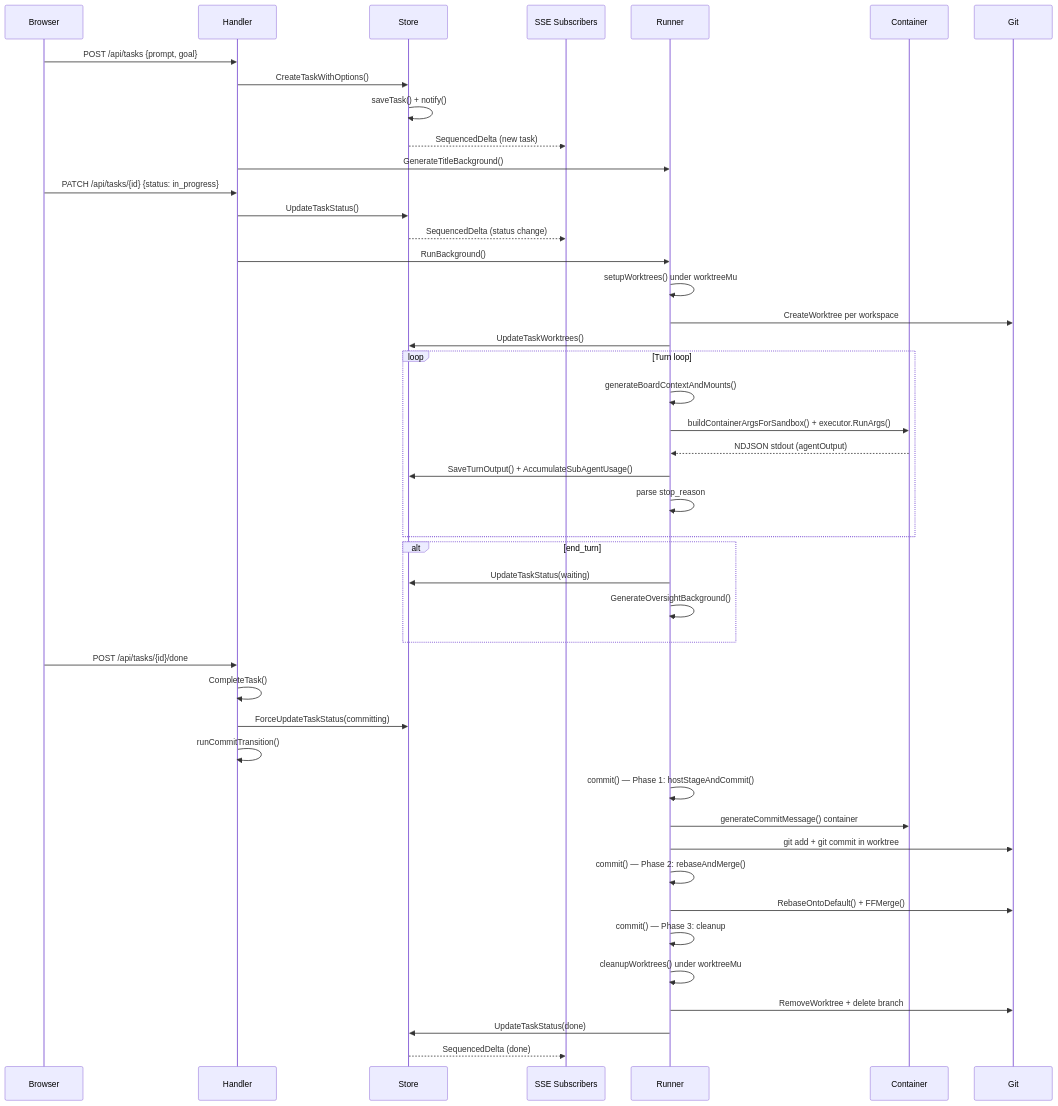
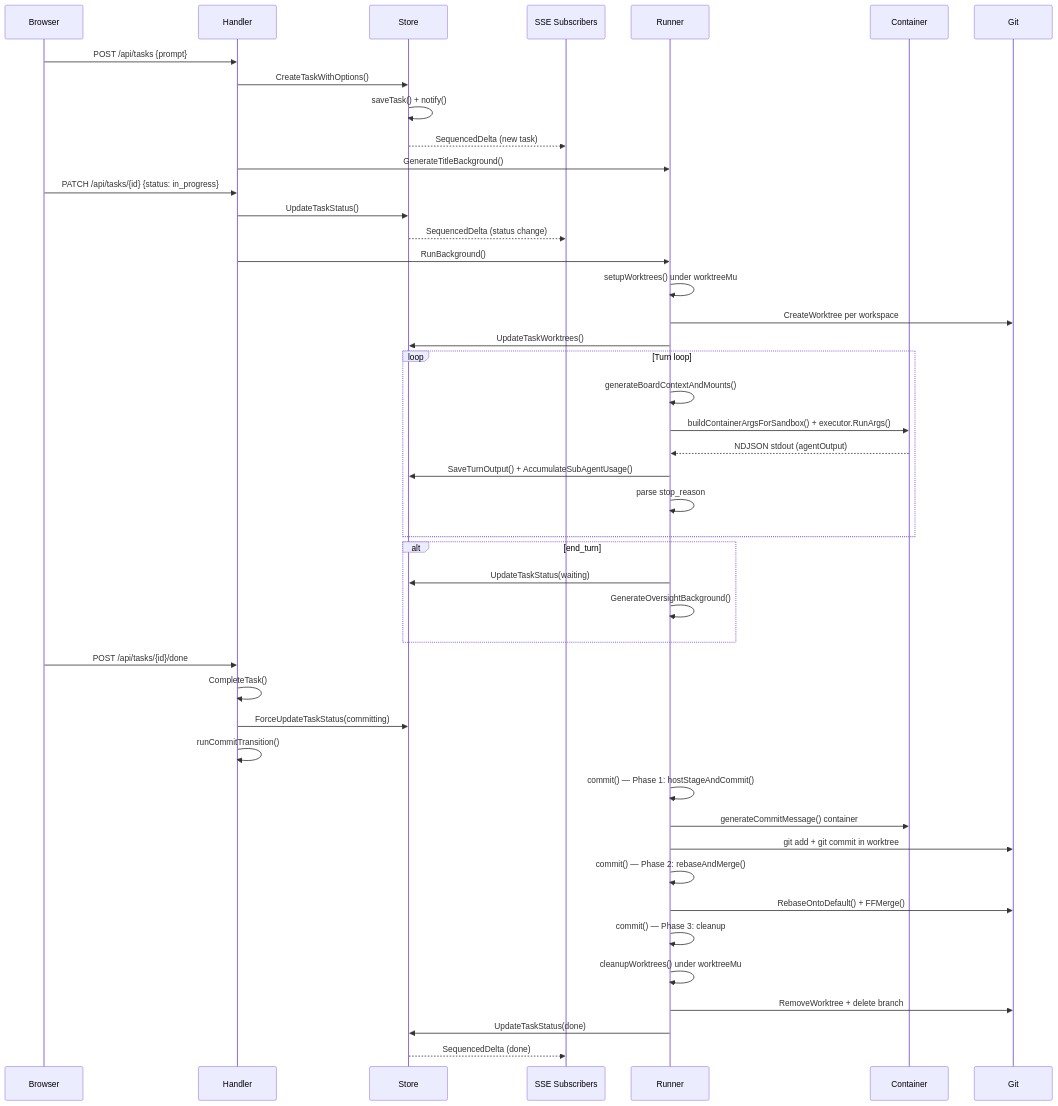
The fifth of 6 diagrams in docs/internals/architecture.md (changkun/wallfacer), drawn with Mermaid before and after one commit. The commit also changed 34 other files, not shown here.

````diff
--- a/docs/internals/architecture.md
+++ b/docs/internals/architecture.md
@@ -141,57 +141,57 @@
 ```mermaid
 sequenceDiagram
     participant B as Browser
     participant H as Handler
     participant S as Store
     participant SSE as SSE Subscribers
     participant R as Runner
     participant C as Container
     participant G as Git
 
-    B->>H: POST /api/tasks {prompt, goal}
+    B->>H: POST /api/tasks {prompt}
     H->>S: CreateTaskWithOptions()
     S->>S: saveTask() + notify()
     S-->>SSE: SequencedDelta (new task)
     H->>R: GenerateTitleBackground()
 
     B->>H: PATCH /api/tasks/{id} {status: in_progress}
     H->>S: UpdateTaskStatus()
     S-->>SSE: SequencedDelta (status change)
     H->>R: RunBackground()
 
     R->>R: setupWorktrees() under worktreeMu
     R->>G: CreateWorktree per workspace
     R->>S: UpdateTaskWorktrees()
 
     loop Turn loop
         R->>R: generateBoardContextAndMounts()
         R->>C: buildContainerArgsForSandbox() + executor.RunArgs()
         C-->>R: NDJSON stdout (agentOutput)
         R->>S: SaveTurnOutput() + AccumulateSubAgentUsage()
         R->>R: parse stop_reason
     end
 
     alt end_turn
         R->>S: UpdateTaskStatus(waiting)
         R->>R: GenerateOversightBackground()
     end
 
     B->>H: POST /api/tasks/{id}/done
     H->>H: CompleteTask()
     H->>S: ForceUpdateTaskStatus(committing)
     H->>H: runCommitTransition()
 
     R->>R: commit() — Phase 1: hostStageAndCommit()
     R->>C: generateCommitMessage() container
     R->>G: git add + git commit in worktree
 
     R->>R: commit() — Phase 2: rebaseAndMerge()
     R->>G: RebaseOntoDefault() + FFMerge()
 
     R->>R: commit() — Phase 3: cleanup
     R->>R: cleanupWorktrees() under worktreeMu
     R->>G: RemoveWorktree + delete branch
 
     R->>S: UpdateTaskStatus(done)
     S-->>SSE: SequencedDelta (done)
 ```
````
